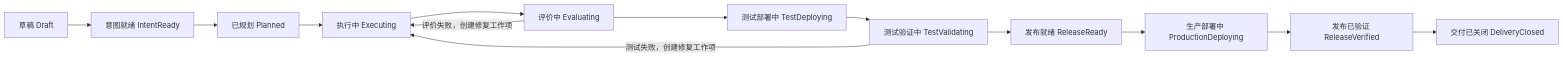
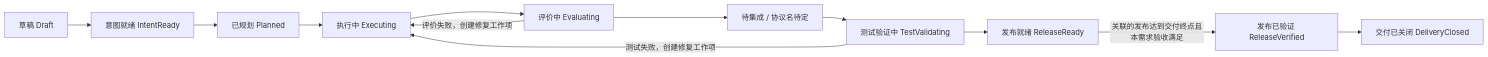
One commit to hecotr/cimi-ai-native changed the first of 3 diagrams in docs/architecture/CimiLoopChange端到端状态机-v0.1.md. Above: the diagram before and after it, drawn with Mermaid. The commit also changed other lines of this file and 11 other files, not shown here.

````diff
--- a/docs/architecture/CimiLoopChange端到端状态机-v0.1.md
+++ b/docs/architecture/CimiLoopChange端到端状态机-v0.1.md
@@ -34,20 +39,19 @@
 ```mermaid
 flowchart LR
     Draft[草稿 Draft]
     IntentReady[意图就绪 IntentReady]
     Planned[已规划 Planned]
     Executing[执行中 Executing]
     Evaluating[评价中 Evaluating]
-    TestDeploying[测试部署中 TestDeploying]
+    ReadyIntegration[待集成 / 协议名待定]
     TestValidating[测试验证中 TestValidating]
     ReleaseReady[发布就绪 ReleaseReady]
-    ProductionDeploying[生产部署中 ProductionDeploying]
     ReleaseVerified[发布已验证 ReleaseVerified]
     DeliveryClosed[交付已关闭 DeliveryClosed]
 
     Draft --> IntentReady --> Planned --> Executing --> Evaluating
-    Evaluating --> TestDeploying --> TestValidating --> ReleaseReady
-    ReleaseReady --> ProductionDeploying --> ReleaseVerified --> DeliveryClosed
+    Evaluating --> ReadyIntegration --> TestValidating --> ReleaseReady
+    ReleaseReady -->|关联的发布达到交付终点且本需求验收满足| ReleaseVerified --> DeliveryClosed
     Evaluating -->|评价失败，创建修复工作项| Executing
     TestValidating -->|测试失败，创建修复工作项| Executing
 ```
````
